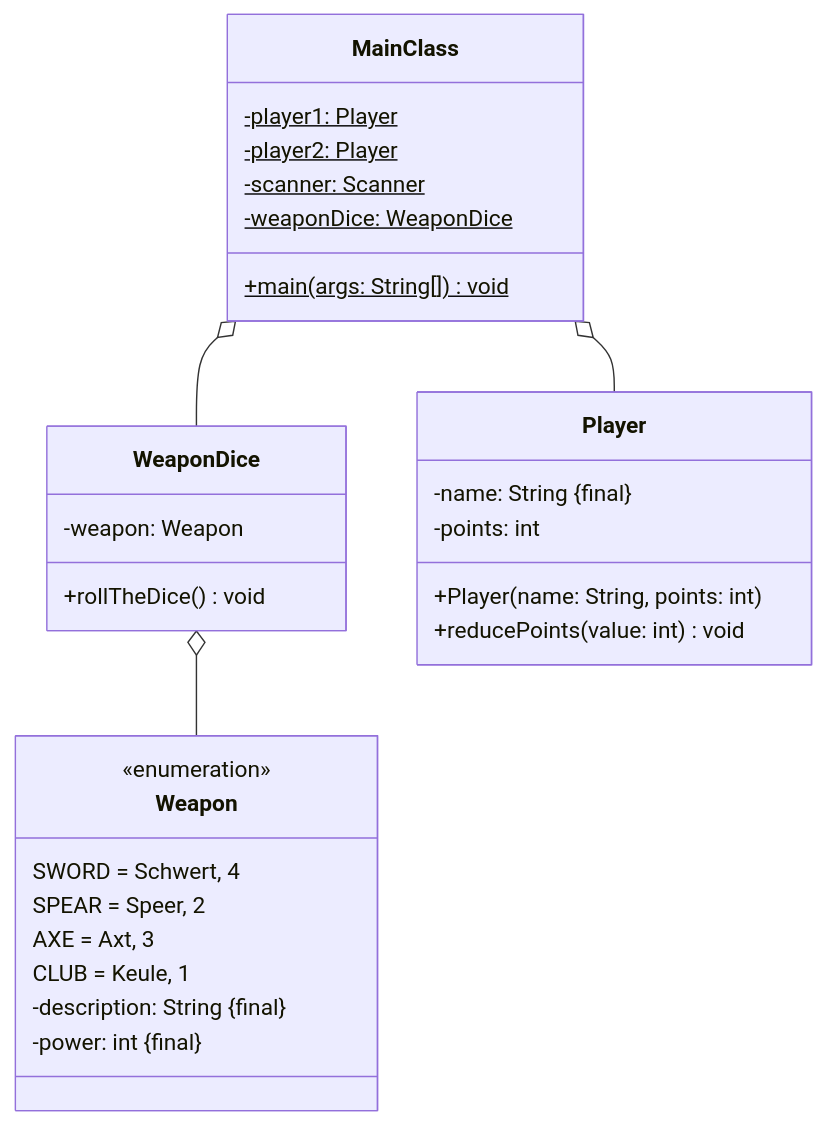
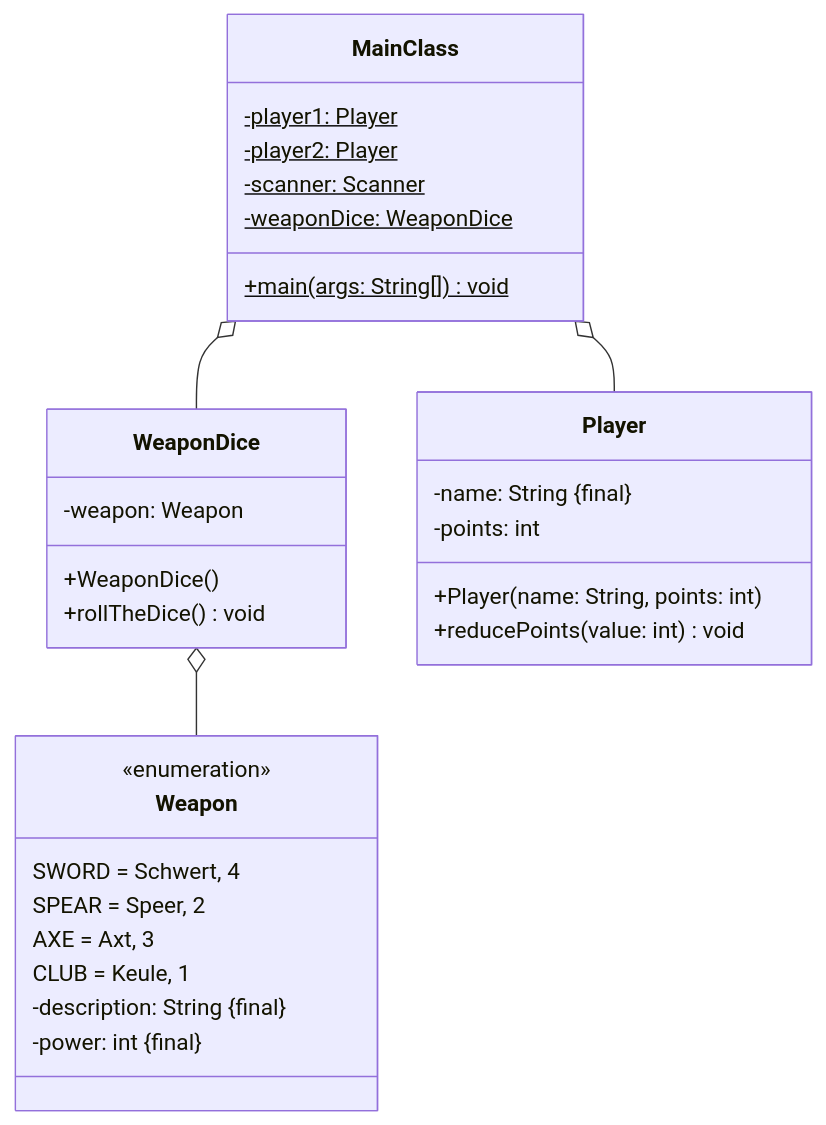
One commit to jappuccini/java-docs changed the diagram in docs/exam-exercises/exam-exercises-java1/dice-games/dice-game-01.md. Above: the diagram before and after it, drawn with Mermaid. The commit also changed other lines of this file and 14 other files, not shown here.

````diff
--- a/docs/exam-exercises/exam-exercises-java1/dice-games/dice-game-01.md
+++ b/docs/exam-exercises/exam-exercises-java1/dice-games/dice-game-01.md
@@ -12,36 +12,33 @@
 ```mermaid
 classDiagram
-    WeaponDice o-- Weapon
-    MainClass o-- Player
-    MainClass o-- WeaponDice
-
-    class MainClass {
-        -player1: Player$
-        -player2: Player$
-        -scanner: Scanner$
-        -weaponDice: WeaponDice$
-        +main(args: String[]) void$
-    }
-
-    class Player {
-        -name: String #123;final#125;
-        -points: int
-        +Player(name: String, points: int)
-        +reducePoints(value: int) void
-    }
-
-    class WeaponDice {
-        -weapon: Weapon
-        +rollTheDice() void
-    }
-
-    class Weapon {
-        <<enumeration>>
-        SWORD = Schwert, 4
-        SPEAR = Speer, 2
-        AXE = Axt, 3
-        CLUB = Keule, 1
-        -description: String #123;final#125;
-        -power: int #123;final#125;
-    }
+   WeaponDice o-- Weapon
+   MainClass o-- Player
+   MainClass o-- WeaponDice
+   class MainClass {
+      -player1: Player$
+      -player2: Player$
+      -scanner: Scanner$
+      -weaponDice: WeaponDice$
+      +main(args: String[]) void$
+   }
+   class Player {
+      -name: String #123;final#125;
+      -points: int
+      +Player(name: String, points: int)
+      +reducePoints(value: int) void
+   }
+   class WeaponDice {
+      -weapon: Weapon
+      +WeaponDice()
+      +rollTheDice() void
+   }
+   class Weapon {
+      <<enumeration>>
+      SWORD = Schwert, 4
+      SPEAR = Speer, 2
+      AXE = Axt, 3
+      CLUB = Keule, 1
+      -description: String #123;final#125;
+      -power: int #123;final#125;
+   }
 ```
````
